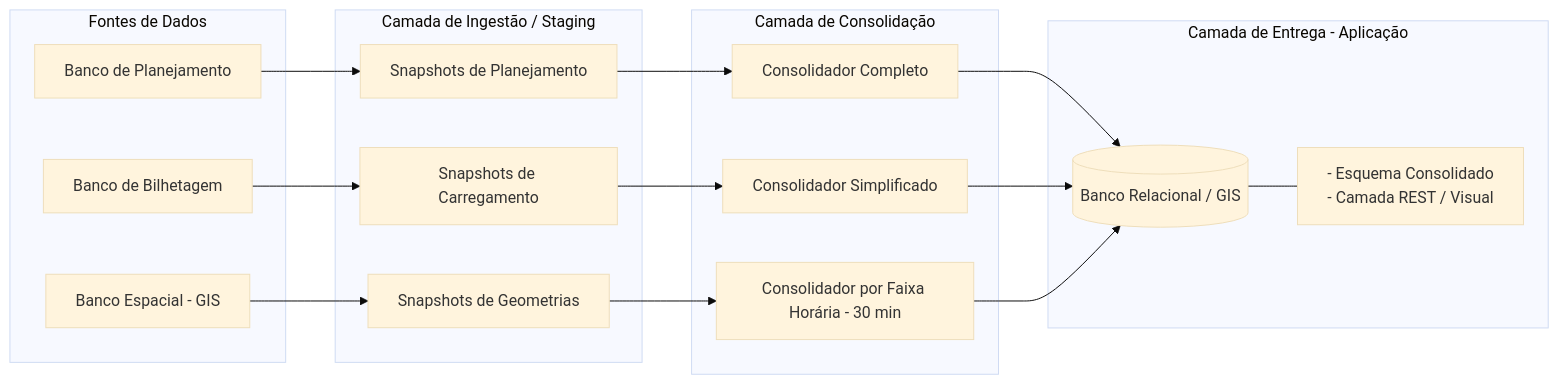
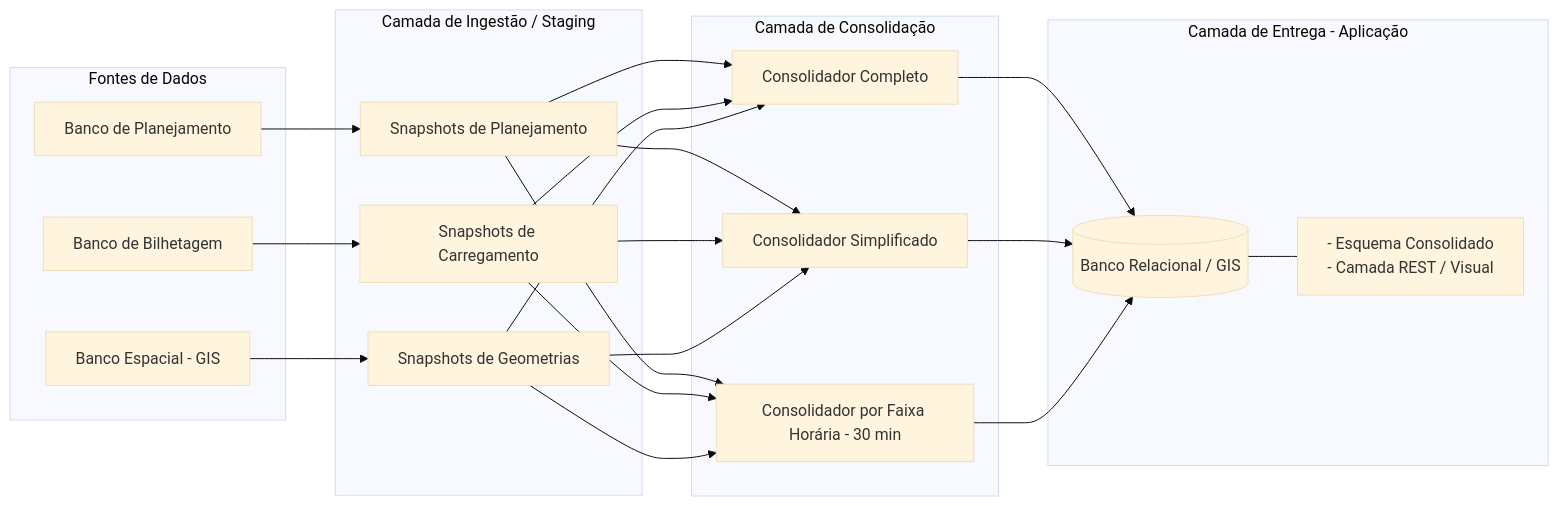
Before and after one commit to arissahonda/observatorio-otc: the diagram in README.md, drawn with Mermaid (base theme).

````diff
--- a/README.md
+++ b/README.md
@@ -14,30 +14,49 @@
 ```mermaid
 graph LR
     subgraph F[Fontes de Dados]
         F1[Banco de Planejamento]
         F2[Banco de Bilhetagem]
         F3[Banco Espacial - GIS]
     end
 
     subgraph I[Camada de Ingestão / Staging]
         I1[Snapshots de Planejamento]
         I2[Snapshots de Carregamento]
         I3[Snapshots de Geometrias]
     end
 
     subgraph C[Camada de Consolidação]
         C1[Consolidador Completo]
         C2[Consolidador Simplificado]
         C3[Consolidador por Faixa Horária - 30 min]
     end
 
     subgraph E[Camada de Entrega - Aplicação]
         E1[(Banco Relacional / GIS)]
         E2[- Esquema Consolidado<br/>- Camada REST / Visual]
     end
 
-    F1 --> I1 --> C1 --> E1
-    F2 --> I2 --> C2 --> E1
-    F3 --> I3 --> C3 --> E1
+    %% Conexões de Ingestão
+    F1 --> I1
+    F2 --> I2
+    F3 --> I3
+
+    %% Todos os Snapshots alimentam todos os Consolidadores
+    I1 --> C1
+    I1 --> C2
+    I1 --> C3
+
+    I2 --> C1
+    I2 --> C2
+    I2 --> C3
+
+    I3 --> C1
+    I3 --> C2
+    I3 --> C3
+
+    %% Entrega
+    C1 --> E1
+    C2 --> E1
+    C3 --> E1
     E1 --- E2
-```  
+```
````
